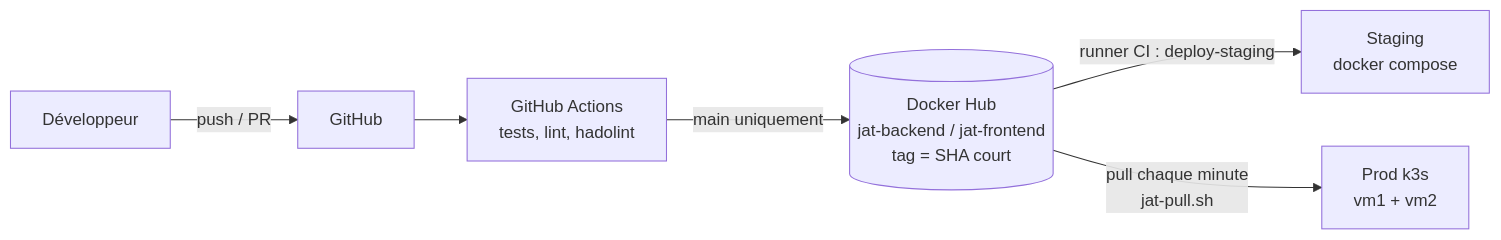
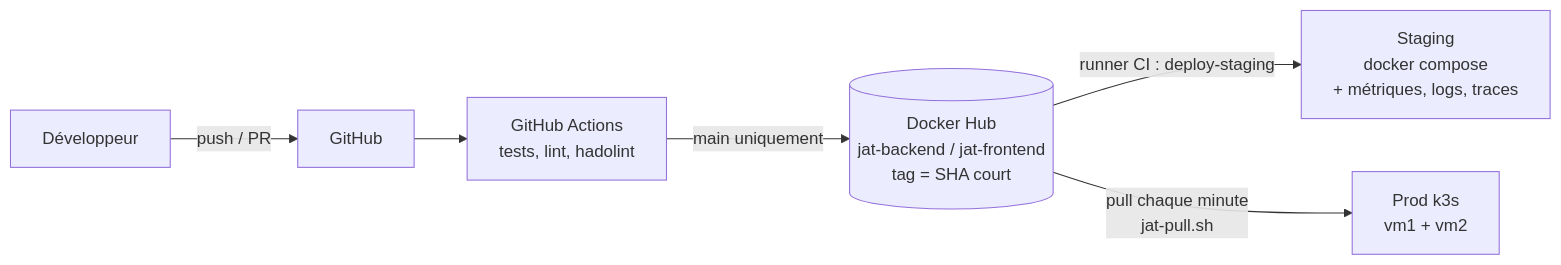
The diagram in README.md (AnecV8/Projet-devops-avancee), drawn with Mermaid before and after one commit. The commit also changed other lines of this file and 5 other files, not shown here.

````diff
--- a/README.md
+++ b/README.md
@@ -13,8 +13,8 @@
 ```mermaid
 flowchart LR
   dev[Développeur] -->|push / PR| gh[GitHub]
   gh --> ci[GitHub Actions<br/>tests, lint, hadolint]
   ci -->|main uniquement| hub[(Docker Hub<br/>jat-backend / jat-frontend<br/>tag = SHA court)]
-  hub -->|runner CI : deploy-staging| stg[Staging<br/>docker compose]
+  hub -->|runner CI : deploy-staging| stg[Staging<br/>docker compose<br/>+ métriques, logs, traces]
   hub -->|pull chaque minute<br/>jat-pull.sh| prod[Prod k3s<br/>vm1 + vm2]
 ```
````
